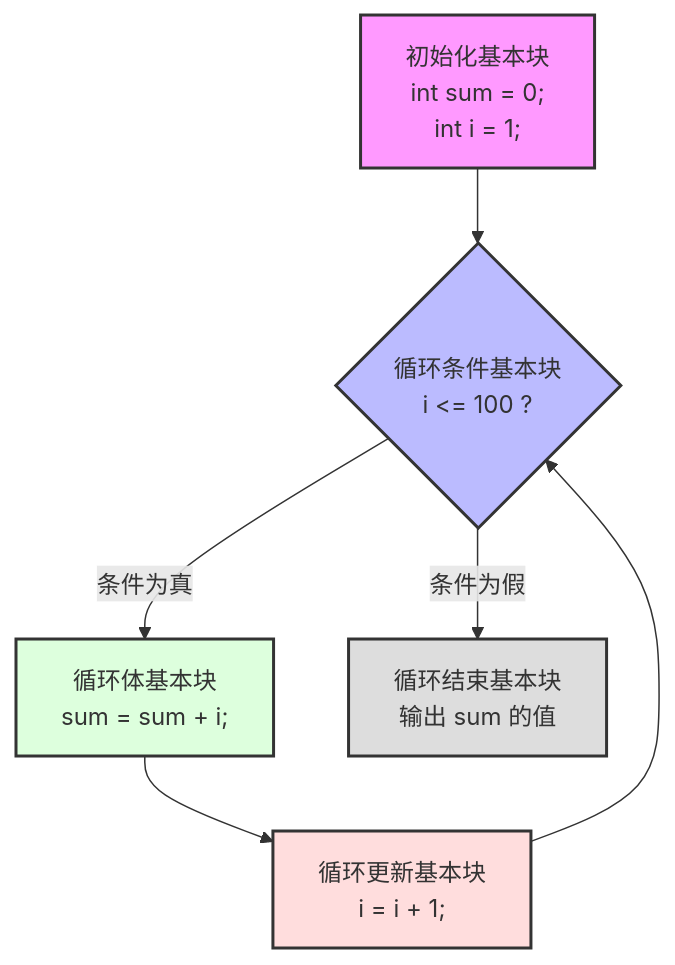
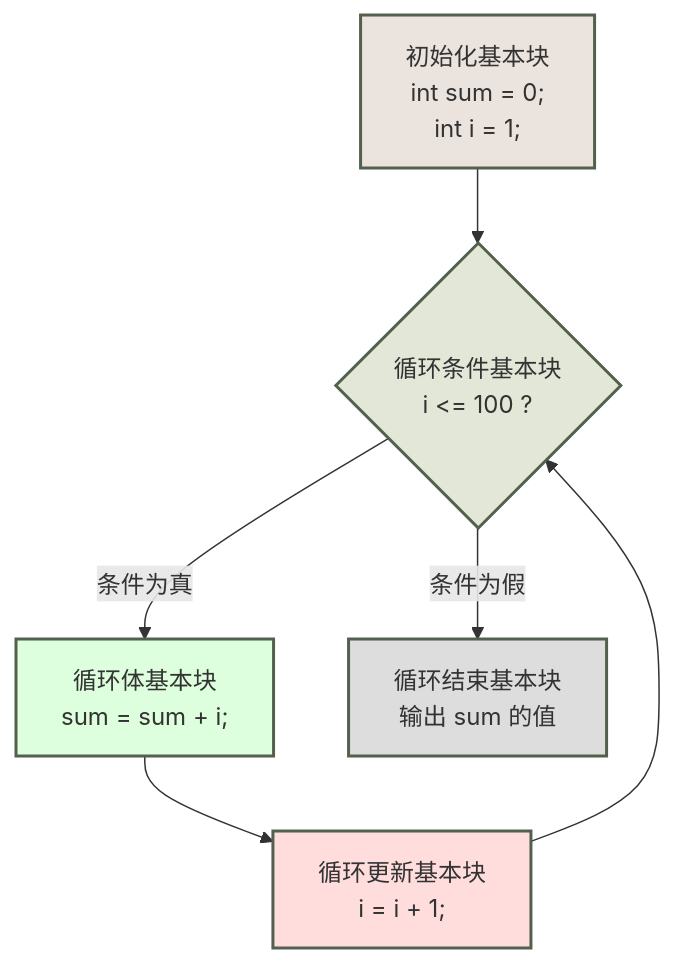
Before and after one commit to yaklang/ssa.to: diagram 11 of 18 in static-analysis-guide/compile-ssa-form.mdx, drawn with Mermaid. The commit also changed other lines of this file and 91 other files, not shown here.

````diff
--- a/static-analysis-guide/compile-ssa-form.mdx
+++ b/static-analysis-guide/compile-ssa-form.mdx
@@ -772,20 +756,20 @@
 ```mermaid
   graph TD
       A["初始化基本块
       int sum = 0;
       int i = 1;"] --> B{"循环条件基本块
       i <= 100 ?"}
       B -->|条件为真| C["循环体基本块
       sum = sum + i;"]
       C --> D["循环更新基本块
       i = i + 1;"]
       D --> B
       B -->|条件为假| E["循环结束基本块
       输出 sum 的值"]
       
-      style A fill:#f9f,stroke:#333,stroke-width:2px
-      style B fill:#bbf,stroke:#333,stroke-width:2px
-      style C fill:#dfd,stroke:#333,stroke-width:2px
-      style D fill:#fdd,stroke:#333,stroke-width:2px
-      style E fill:#ddd,stroke:#333,stroke-width:2px
+      style A fill:#ebe3dd,stroke:#52604c,stroke-width:2px
+      style B fill:#e2e7d7,stroke:#52604c,stroke-width:2px
+      style C fill:#dfd,stroke:#52604c,stroke-width:2px
+      style D fill:#fdd,stroke:#52604c,stroke-width:2px
+      style E fill:#ddd,stroke:#52604c,stroke-width:2px
 ```
````
